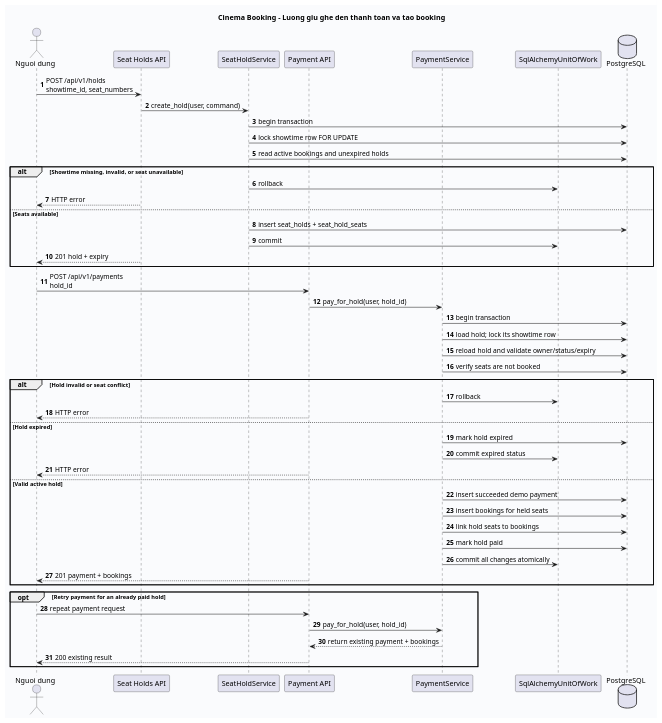
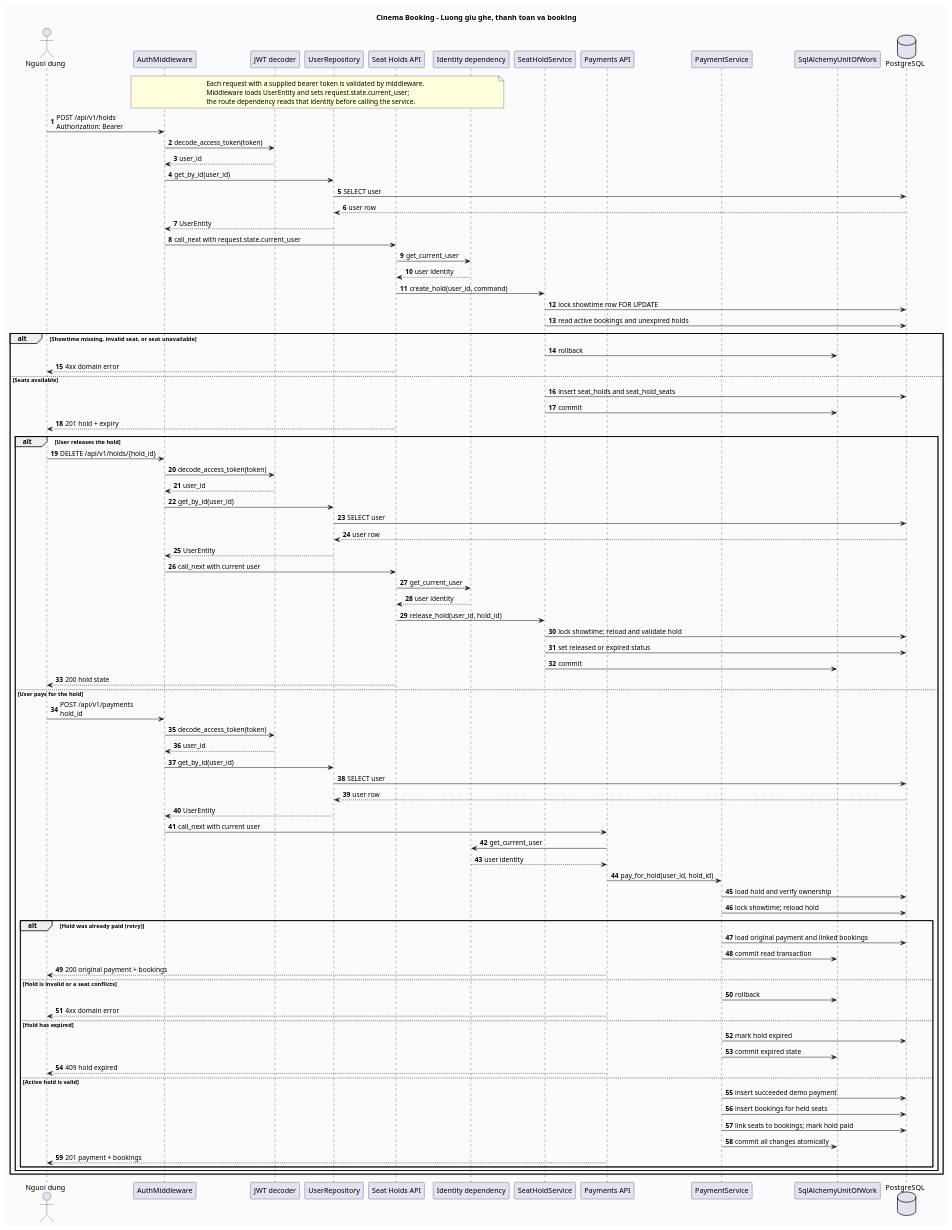
The second of 2 diagrams in docs/diagrams/architecture.puml (tuanduy010806/Cinema-Booking), drawn with PlantUML before and after one commit. The commit also changed other lines of this file and 7 other files, not shown here.

Commit message:
Align diagrams and auth role check with current system

```diff
--- a/docs/diagrams/architecture.puml
+++ b/docs/diagrams/architecture.puml
@@ -106,58 +154,96 @@
 @startuml
-title Cinema Booking - Luong giu ghe den thanh toan va tao booking
+title Cinema Booking - Luong giu ghe, thanh toan va booking
 autonumber
 skinparam backgroundColor #FAFBFD
 skinparam shadowing false
 skinparam defaultFontName Arial
 
 actor "Nguoi dung" as User
+participant "AuthMiddleware" as Auth
+participant "JWT decoder" as JWT
+participant "UserRepository" as UserRepo
 participant "Seat Holds API" as HoldAPI
+participant "Identity dependency" as Identity
 participant "SeatHoldService" as HoldService
-participant "Payment API" as PaymentAPI
+participant "Payments API" as PaymentAPI
 participant "PaymentService" as PaymentService
 participant "SqlAlchemyUnitOfWork" as UoW
 database "PostgreSQL" as DB
 
-User -> HoldAPI : POST /api/v1/holds\nshowtime_id, seat_numbers
-HoldAPI -> HoldService : create_hold(user, command)
-HoldService -> DB : begin transaction
+note over Auth,Identity
+  Each request with a supplied bearer token is validated by middleware.
+  Middleware loads UserEntity and sets request.state.current_user;
+  the route dependency reads that identity before calling the service.
+end note
+
+User -> Auth : POST /api/v1/holds\nAuthorization: Bearer
+Auth -> JWT : decode_access_token(token)
+JWT --> Auth : user_id
+Auth -> UserRepo : get_by_id(user_id)
+UserRepo -> DB : SELECT user
+DB --> UserRepo : user row
+UserRepo --> Auth : UserEntity
+Auth -> HoldAPI : call_next with request.state.current_user
+HoldAPI -> Identity : get_current_user
+Identity --> HoldAPI : user identity
+HoldAPI -> HoldService : create_hold(user_id, command)
 HoldService -> DB : lock showtime row FOR UPDATE
 HoldService -> DB : read active bookings and unexpired holds
-alt Showtime missing, invalid, or seat unavailable
+alt Showtime missing, invalid seat, or seat unavailable
   HoldService -> UoW : rollback
-  HoldAPI --> User : HTTP error
+  HoldAPI --> User : 4xx domain error
 else Seats available
-  HoldService -> DB : insert seat_holds + seat_hold_seats
+  HoldService -> DB : insert seat_holds and seat_hold_seats
   HoldService -> UoW : commit
   HoldAPI --> User : 201 hold + expiry
-end
-
-User -> PaymentAPI : POST /api/v1/payments\nhold_id
-PaymentAPI -> PaymentService : pay_for_hold(user, hold_id)
-PaymentService -> DB : begin transaction
-PaymentService -> DB : load hold; lock its showtime row
-PaymentService -> DB : reload hold and validate owner/status/expiry
-PaymentService -> DB : verify seats are not booked
-alt Hold invalid or seat conflict
-  PaymentService -> UoW : rollback
-  PaymentAPI --> User : HTTP error
-else Hold expired
-  PaymentService -> DB : mark hold expired
-  PaymentService -> UoW : commit expired status
-  PaymentAPI --> User : HTTP error
-else Valid active hold
-  PaymentService -> DB : insert succeeded demo payment
-  PaymentService -> DB : insert bookings for held seats
-  PaymentService -> DB : link hold seats to bookings
-  PaymentService -> DB : mark hold paid
-  PaymentService -> UoW : commit all changes atomically
-  PaymentAPI --> User : 201 payment + bookings
-end
-
-opt Retry payment for an already paid hold
-  User -> PaymentAPI : repeat payment request
-  PaymentAPI -> PaymentService : pay_for_hold(user, hold_id)
-  PaymentService --> PaymentAPI : return existing payment + bookings
-  PaymentAPI --> User : 200 existing result
+  alt User releases the hold
+    User -> Auth : DELETE /api/v1/holds/{hold_id}
+    Auth -> JWT : decode_access_token(token)
+    JWT --> Auth : user_id
+    Auth -> UserRepo : get_by_id(user_id)
+    UserRepo -> DB : SELECT user
+    DB --> UserRepo : user row
+    UserRepo --> Auth : UserEntity
+    Auth -> HoldAPI : call_next with current user
+    HoldAPI -> Identity : get_current_user
+    Identity --> HoldAPI : user identity
+    HoldAPI -> HoldService : release_hold(user_id, hold_id)
+    HoldService -> DB : lock showtime; reload and validate hold
+    HoldService -> DB : set released or expired status
+    HoldService -> UoW : commit
+    HoldAPI --> User : 200 hold state
+  else User pays for the hold
+    User -> Auth : POST /api/v1/payments\nhold_id
+    Auth -> JWT : decode_access_token(token)
+    JWT --> Auth : user_id
+    Auth -> UserRepo : get_by_id(user_id)
+    UserRepo -> DB : SELECT user
+    DB --> UserRepo : user row
+    UserRepo --> Auth : UserEntity
+    Auth -> PaymentAPI : call_next with current user
+    PaymentAPI -> Identity : get_current_user
+    Identity --> PaymentAPI : user identity
+    PaymentAPI -> PaymentService : pay_for_hold(user_id, hold_id)
+    PaymentService -> DB : load hold and verify ownership
+    PaymentService -> DB : lock showtime; reload hold
+    alt Hold was already paid (retry)
+      PaymentService -> DB : load original payment and linked bookings
+      PaymentService -> UoW : commit read transaction
+      PaymentAPI --> User : 200 original payment + bookings
+    else Hold is invalid or a seat conflicts
+      PaymentService -> UoW : rollback
+      PaymentAPI --> User : 4xx domain error
+    else Hold has expired
+      PaymentService -> DB : mark hold expired
+      PaymentService -> UoW : commit expired state
+      PaymentAPI --> User : 409 hold expired
+    else Active hold is valid
+      PaymentService -> DB : insert succeeded demo payment
+      PaymentService -> DB : insert bookings for held seats
+      PaymentService -> DB : link seats to bookings; mark hold paid
+      PaymentService -> UoW : commit all changes atomically
+      PaymentAPI --> User : 201 payment + bookings
+    end
+  end
 end
 @enduml
```
